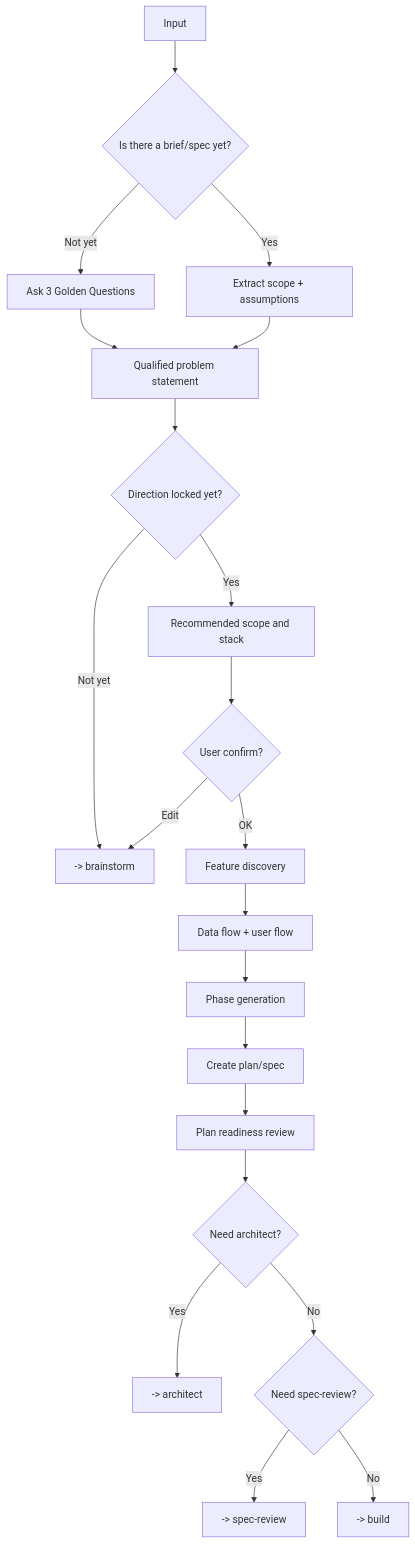
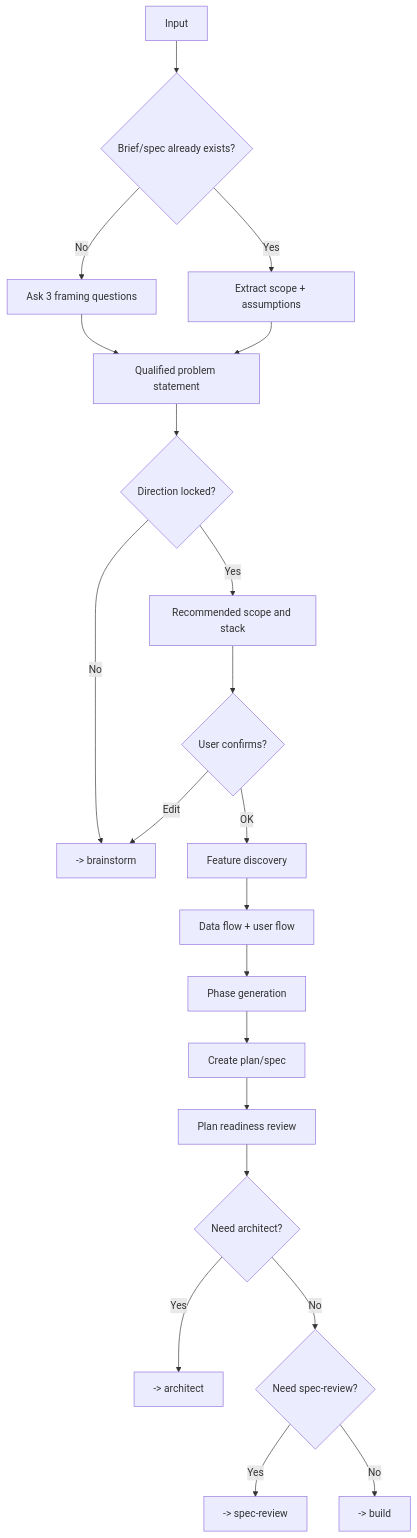
One commit to nguyenphat57/forge changed the diagram in packages/forge-core/workflows/design/plan.md. Above: the diagram before and after it, drawn with Mermaid. The commit also changed other lines of this file and 59 other files, not shown here.

````diff
--- a/packages/forge-core/workflows/design/plan.md
+++ b/packages/forge-core/workflows/design/plan.md
@@ -43,23 +41,23 @@
 ```mermaid
 flowchart TD
-    A[Input] --> B{Is there a brief/spec yet?}
+    A[Input] --> B{Brief/spec already exists?}
     B -->|Yes| C[Extract scope + assumptions]
-    B -->|Not yet| D[Ask 3 Golden Questions]
+    B -->|No| D[Ask 3 framing questions]
     D --> E[Qualified problem statement]
     C --> E
-    E --> F{Direction locked yet?}
-    F -->|Not yet| G[-> brainstorm]
+    E --> F{Direction locked?}
+    F -->|No| G[-> brainstorm]
     F -->|Yes| H[Recommended scope and stack]
-    H --> I{User confirm?}
+    H --> I{User confirms?}
     I -->|Edit| G
     I -->|OK| J[Feature discovery]
     J --> K[Data flow + user flow]
     K --> L[Phase generation]
     L --> M[Create plan/spec]
     M --> N[Plan readiness review]
     N --> O{Need architect?}
     O -->|Yes| P[-> architect]
     O -->|No| Q{Need spec-review?}
     Q -->|Yes| R[-> spec-review]
     Q -->|No| S[-> build]
 ```
````
